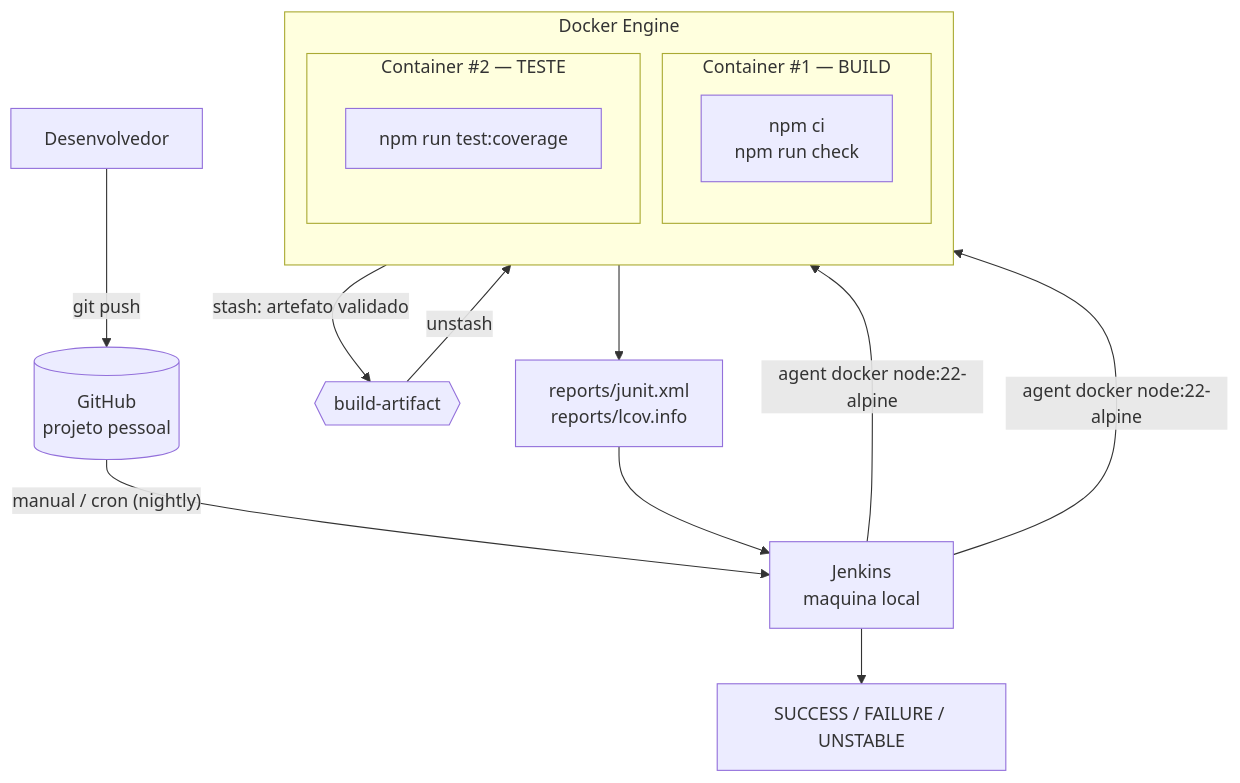
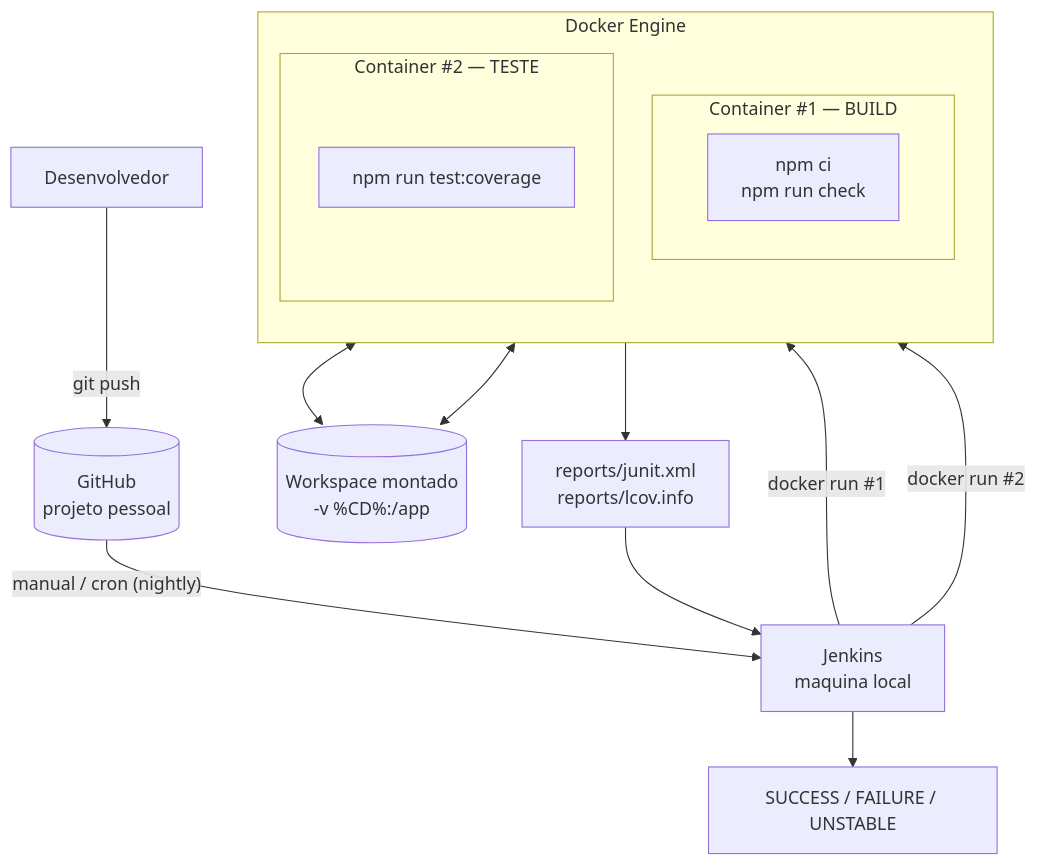
The diagram in README.md (DanielTrindade/jenkins-trabalho), drawn with Mermaid before and after one commit. The commit also changed other lines of this file and 6 other files, not shown here.

First line of the commit message:
docs(ci): sincroniza docs, roteiro e slides com a abordagem docker run

````diff
--- a/README.md
+++ b/README.md
@@ -13,23 +13,24 @@
 ```mermaid
 flowchart TD
     Dev[Desenvolvedor] -->|git push| GH[(GitHub<br/>projeto pessoal)]
     GH -->|"manual / cron (nightly)"| J[Jenkins<br/>maquina local]
 
-    J -->|"agent docker node:22-alpine"| BuildC
-    J -->|"agent docker node:22-alpine"| TestC
+    J -->|"docker run #1"| BuildC
+    J -->|"docker run #2"| TestC
 
     subgraph Docker["Docker Engine"]
         direction TB
         subgraph BuildC["Container #1 — BUILD"]
             B[npm ci<br/>npm run check]
         end
         subgraph TestC["Container #2 — TESTE"]
             T[npm run test:coverage]
         end
     end
 
-    B -->|"stash: artefato validado"| ART{{build-artifact}}
-    ART -->|"unstash"| T
+    WS[(Workspace montado<br/>-v %CD%:/app)]
+    BuildC <--> WS
+    TestC <--> WS
     T --> R[reports/junit.xml<br/>reports/lcov.info]
     R --> J --> Result["SUCCESS / FAILURE / UNSTABLE"]
 ```
````
